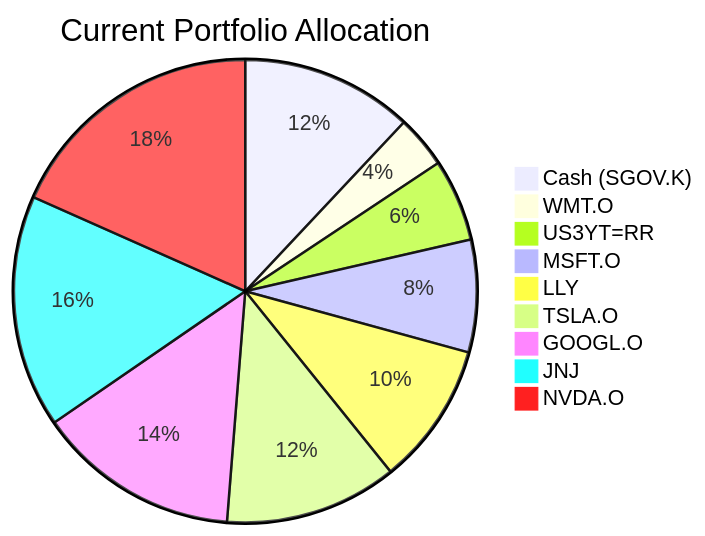
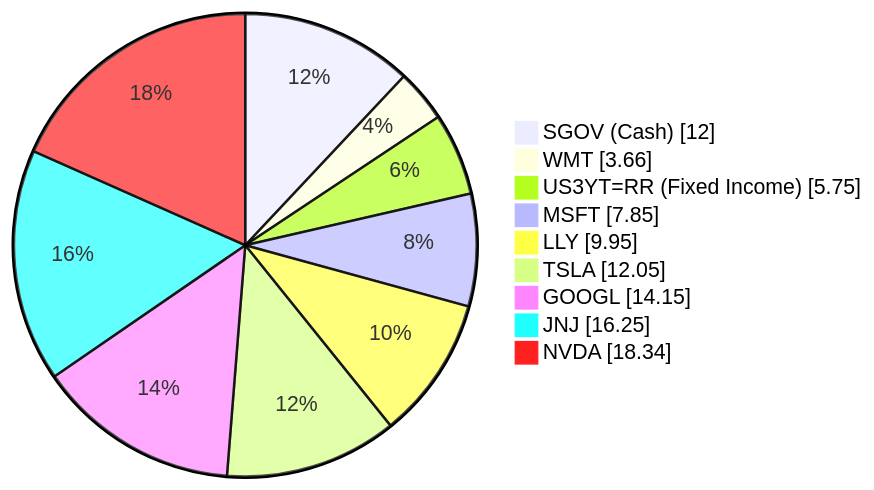
One commit to roger249/Bot-collaboration changed the first of 2 diagrams in docs/sample outputs/client_product_fit_analysis_5.md. Above: the diagram before and after it, drawn with Mermaid. The commit also changed other lines of this file and 16 other files, not shown here.

````diff
--- a/docs/sample outputs/client_product_fit_analysis_5.md
+++ b/docs/sample outputs/client_product_fit_analysis_5.md
@@ -41,12 +52,12 @@
 ```mermaid
-pie title Current Portfolio Allocation
-    "Cash (SGOV.K)" : 12
-    "WMT.O" : 3.66
-    "US3YT=RR" : 5.75
-    "MSFT.O" : 7.85
-    "LLY" : 9.95
-    "TSLA.O" : 12.05
-    "GOOGL.O" : 14.15
-    "JNJ" : 16.25
-    "NVDA.O" : 18.34
+pie showData
+"SGOV (Cash)" : 12.00
+"WMT" : 3.66
+"US3YT=RR (Fixed Income)" : 5.75
+"MSFT" : 7.85
+"LLY" : 9.95
+"TSLA" : 12.05
+"GOOGL" : 14.15
+"JNJ" : 16.25
+"NVDA" : 18.34
 ```
````
